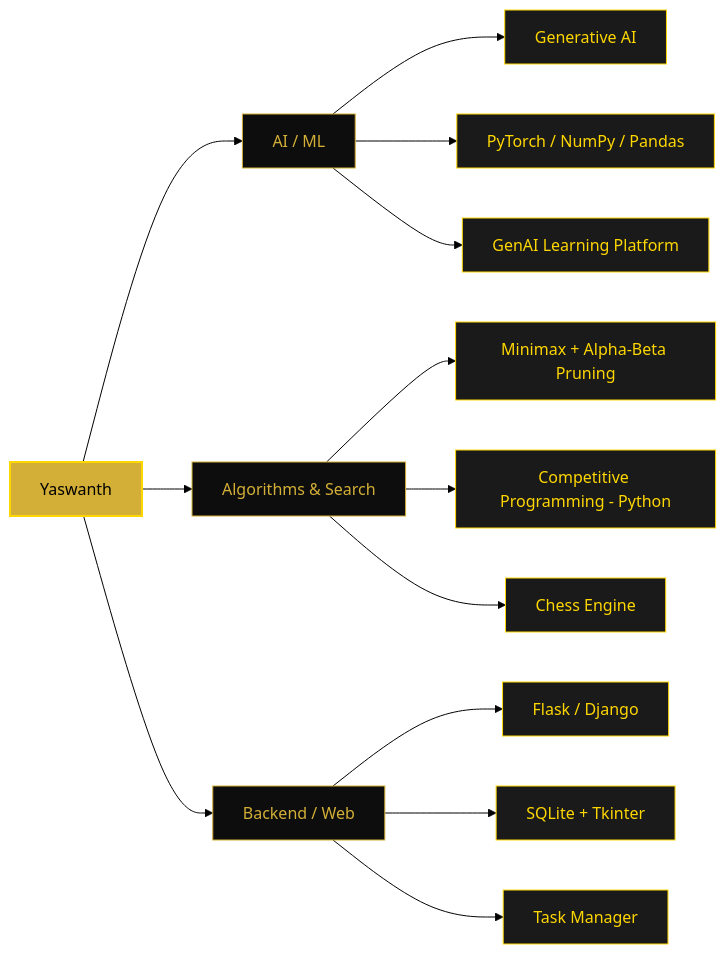
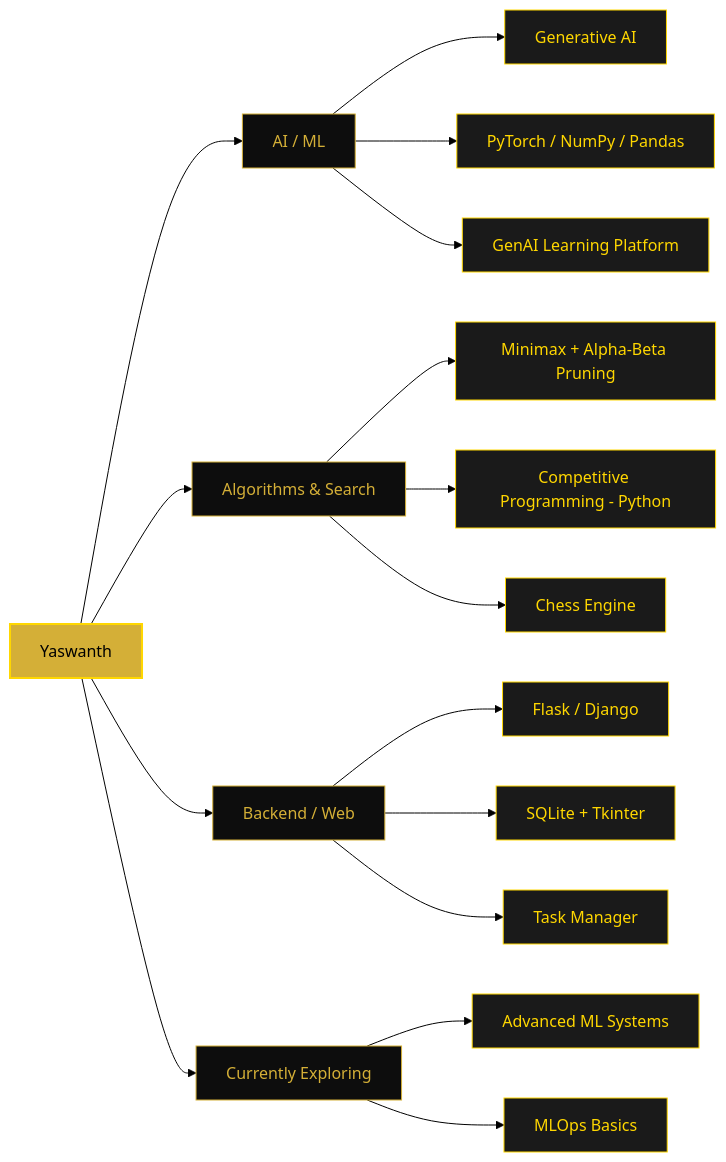
The first of 3 diagrams in README.md (yashu440/yashu440), drawn with Mermaid (forest theme) before and after one commit. The commit also changed other lines of this file, not shown here.

````diff
--- a/README.md
+++ b/README.md
@@ -117,32 +147,39 @@
 ```mermaid
 graph LR
     A[Yaswanth] --> B[AI / ML]
     A --> C[Algorithms & Search]
     A --> D[Backend / Web]
+    A --> E[Currently Exploring]
 
     B --> B1[Generative AI]
     B --> B2[PyTorch / NumPy / Pandas]
     B --> B3[GenAI Learning Platform]
 
     C --> C1[Minimax + Alpha-Beta Pruning]
     C --> C2[Competitive Programming - Python]
     C --> C3[Chess Engine]
 
     D --> D1[Flask / Django]
     D --> D2[SQLite + Tkinter]
     D --> D3[Task Manager]
 
+    E --> E1[Advanced ML Systems]
+    E --> E2[MLOps Basics]
+
     style A fill:#D4AF37,stroke:#FFD700,color:#000,stroke-width:2px
     style B fill:#0D0D0D,stroke:#D4AF37,color:#D4AF37,stroke-width:1px
     style C fill:#0D0D0D,stroke:#D4AF37,color:#D4AF37,stroke-width:1px
     style D fill:#0D0D0D,stroke:#D4AF37,color:#D4AF37,stroke-width:1px
+    style E fill:#0D0D0D,stroke:#D4AF37,color:#D4AF37,stroke-width:1px
     style B1 fill:#1a1a1a,stroke:#FFD700,color:#FFD700
     style B2 fill:#1a1a1a,stroke:#FFD700,color:#FFD700
     style B3 fill:#1a1a1a,stroke:#FFD700,color:#FFD700
     style C1 fill:#1a1a1a,stroke:#FFD700,color:#FFD700
     style C2 fill:#1a1a1a,stroke:#FFD700,color:#FFD700
     style C3 fill:#1a1a1a,stroke:#FFD700,color:#FFD700
     style D1 fill:#1a1a1a,stroke:#FFD700,color:#FFD700
     style D2 fill:#1a1a1a,stroke:#FFD700,color:#FFD700
     style D3 fill:#1a1a1a,stroke:#FFD700,color:#FFD700
+    style E1 fill:#1a1a1a,stroke:#FFD700,color:#FFD700
+    style E2 fill:#1a1a1a,stroke:#FFD700,color:#FFD700
 ```
````
